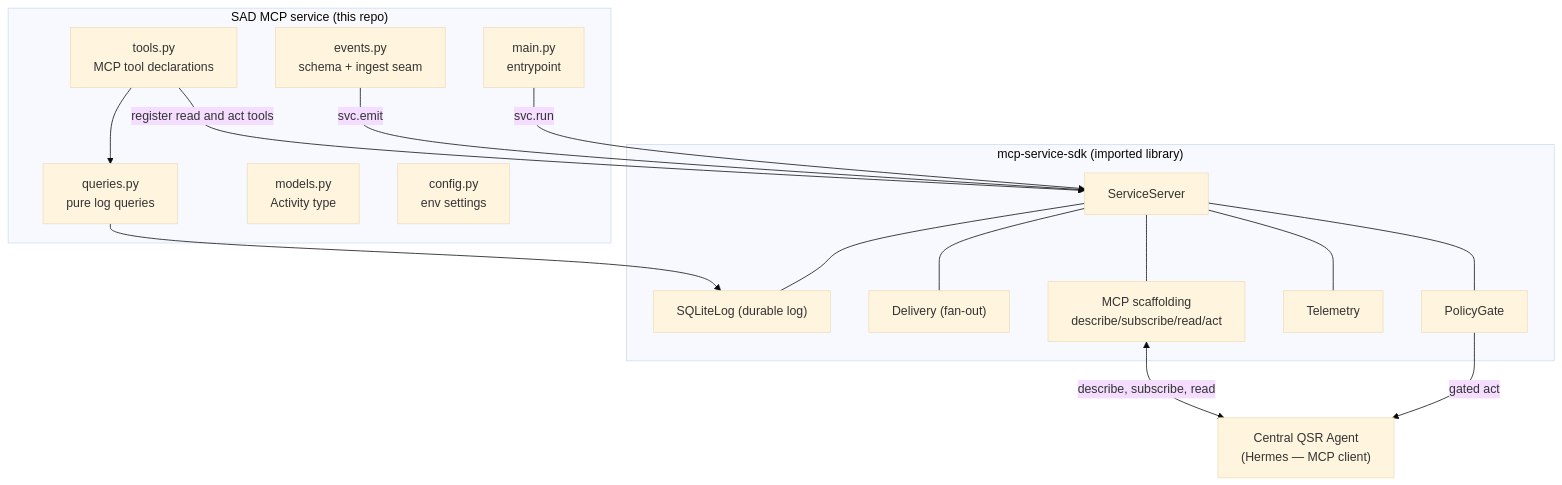
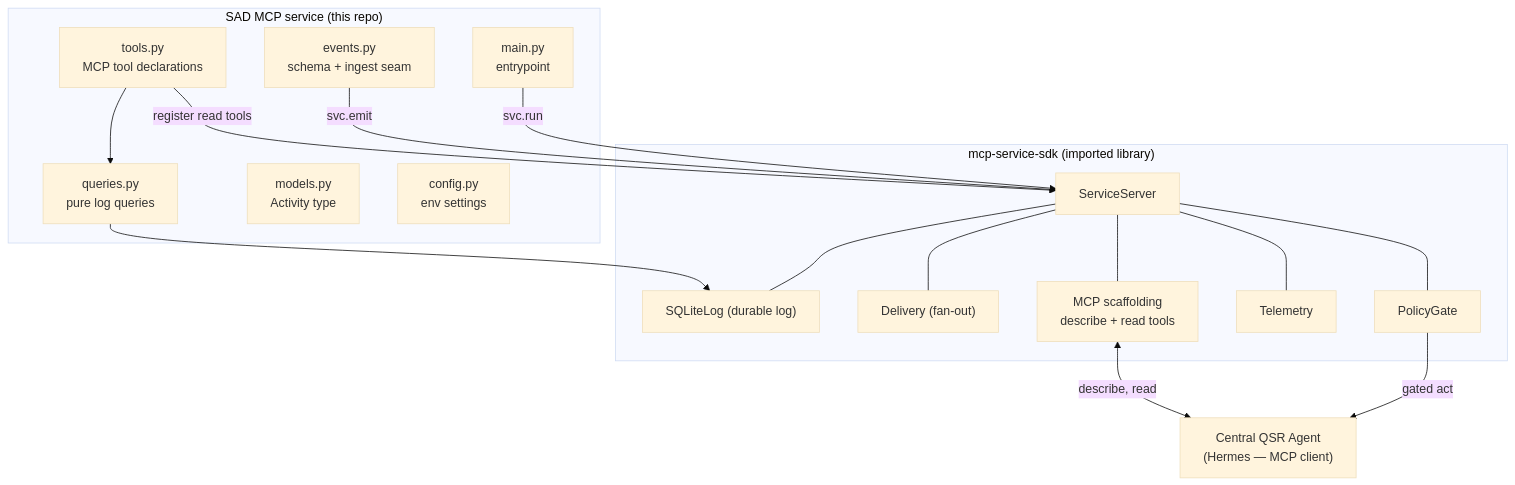
One commit to sachinkaushik/storewide-loss-prevention changed the first of 3 diagrams in suspicious-activity-detection/mcp-service/INTEGRATION.md. Above: the diagram before and after it, drawn with Mermaid (base theme). The commit also changed other lines of this file and 14 other files, not shown here.

````diff
--- a/suspicious-activity-detection/mcp-service/INTEGRATION.md
+++ b/suspicious-activity-detection/mcp-service/INTEGRATION.md
@@ -34,28 +41,28 @@
 ```mermaid
 flowchart TB
     subgraph SAD["SAD MCP service (this repo)"]
         TOOLS["tools.py<br/>MCP tool declarations"]
         QUERIES["queries.py<br/>pure log queries"]
         EVENTS["events.py<br/>schema + ingest seam"]
         MODELS["models.py<br/>Activity type"]
         CONFIG["config.py<br/>env settings"]
         MAIN["main.py<br/>entrypoint"]
     end
     subgraph BASE["mcp-service-sdk (imported library)"]
         SS["ServiceServer"]
         LOG["SQLiteLog (durable log)"]
         DEL["Delivery (fan-out)"]
         POL["PolicyGate"]
         TEL["Telemetry"]
-        MCP["MCP scaffolding<br/>describe/subscribe/read/act"]
+        MCP["MCP scaffolding<br/>describe + read tools"]
     end
     AGENT["Central QSR Agent<br/>(Hermes — MCP client)"]
 
-    TOOLS -->|register read and act tools| SS
+    TOOLS -->|register read tools| SS
     TOOLS --> QUERIES --> LOG
     EVENTS -->|svc.emit| SS
     MAIN -->|svc.run| SS
     SS --- LOG & DEL & POL & TEL & MCP
-    MCP <-->|describe, subscribe, read| AGENT
+    MCP <-->|describe, read| AGENT
     POL -->|gated act| AGENT
 ```
````
